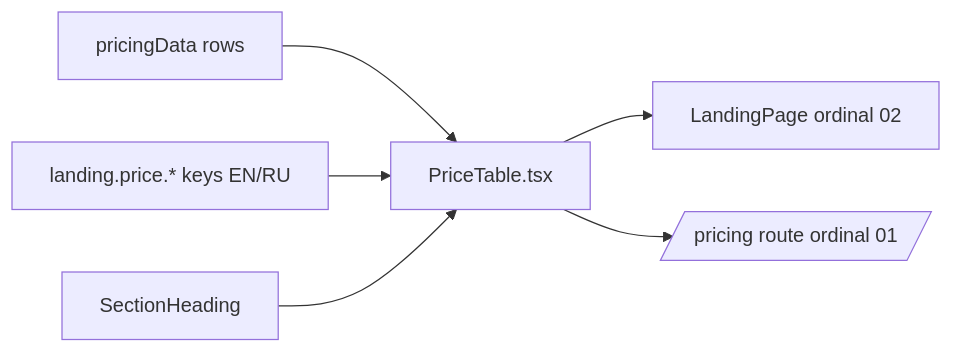
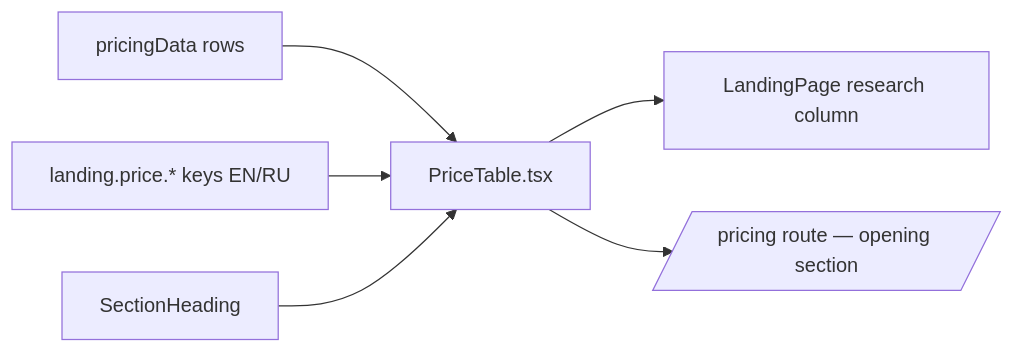
The diagram in apps/web/src/modules/Landing/components/PriceTable.tsx.md (AzamatRaimbekov2/openCreate), drawn with Mermaid before and after one commit. The commit also changed other lines of this file and 40 other files, not shown here.

Commit message:
restyle(web): terminal landing with ascii-sphere hero + pricing

````diff
--- a/apps/web/src/modules/Landing/components/PriceTable.tsx.md
+++ b/apps/web/src/modules/Landing/components/PriceTable.tsx.md
@@ -32,8 +32,8 @@
 ```mermaid
 flowchart LR
   Data[pricingData rows] --> PT[PriceTable.tsx]
   I18N[landing.price.* keys EN/RU] --> PT
   SH[SectionHeading] --> PT
-  PT --> LP[LandingPage ordinal 02]
-  PT --> PR[/pricing route ordinal 01/]
+  PT --> LP[LandingPage research column]
+  PT --> PR[/pricing route — opening section/]
 ```
````
